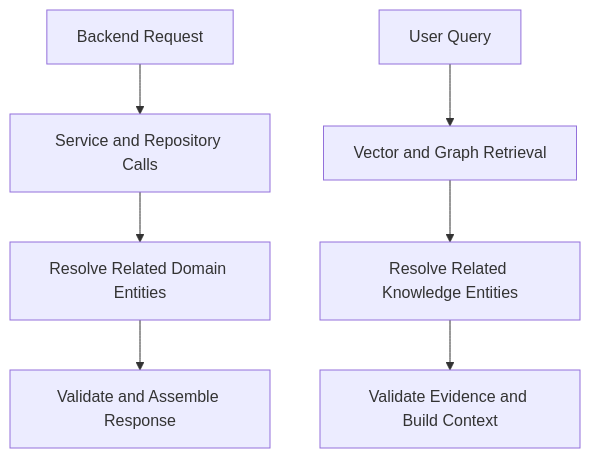
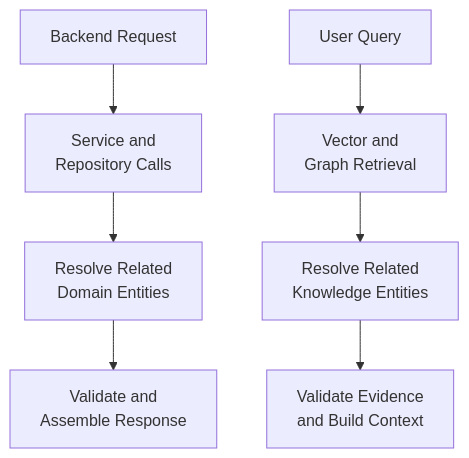
Before and after one commit to MihirKJha/enterprise-ai-blog: the eighth of 8 diagrams in docs/architecture-insights/genai-and-rag/4.1_architecting_graph_rag_relationship_aware_enterprise_knowledge.md, drawn with Mermaid. The commit also changed other lines of this file, not shown here.

````diff
--- a/docs/architecture-insights/genai-and-rag/4.1_architecting_graph_rag_relationship_aware_enterprise_knowledge.md
+++ b/docs/architecture-insights/genai-and-rag/4.1_architecting_graph_rag_relationship_aware_enterprise_knowledge.md
@@ -346,9 +346,9 @@
 ```mermaid
 graph TD
-    A[Backend Request] --> B[Service and Repository Calls]
-    B --> C[Resolve Related Domain Entities]
-    C --> D[Validate and Assemble Response]
-    E[User Query] --> F[Vector and Graph Retrieval]
-    F --> G[Resolve Related Knowledge Entities]
-    G --> H[Validate Evidence and Build Context]
+    A[Backend Request] --> B[Service and<br/>Repository Calls]
+    B --> C[Resolve Related<br/>Domain Entities]
+    C --> D[Validate and<br/>Assemble Response]
+    E[User Query] --> F[Vector and<br/>Graph Retrieval]
+    F --> G[Resolve Related<br/>Knowledge Entities]
+    G --> H[Validate Evidence<br/>and Build Context]
 ```
````
